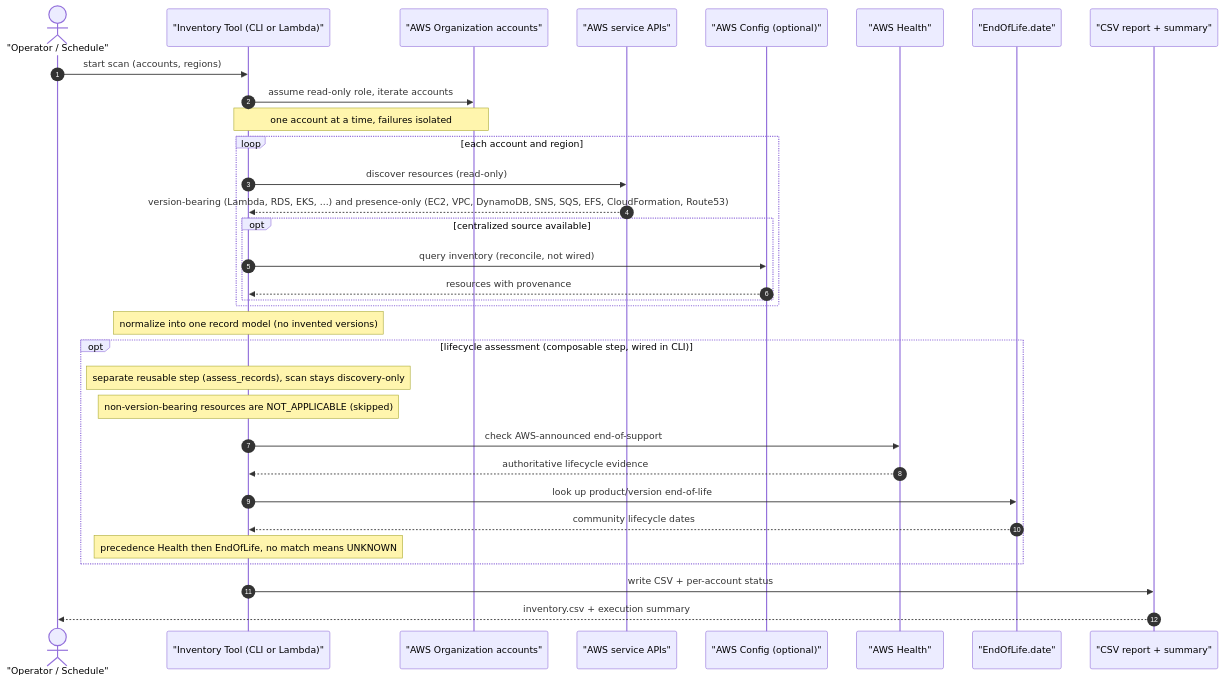
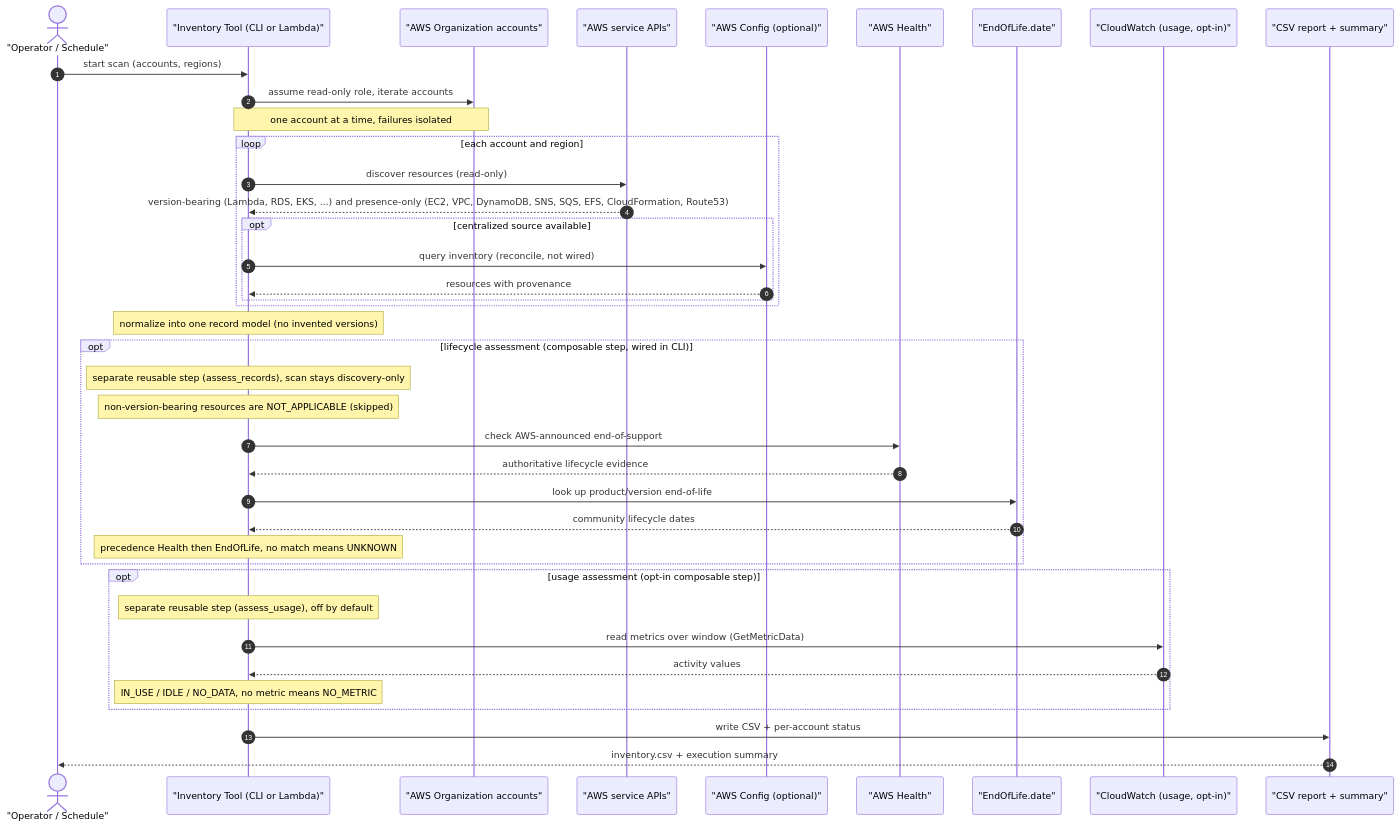
Before and after one commit to pazfernando/aws-inventory-poc: the diagram in docs/diagrams/execution-sequence.mmd, drawn with Mermaid. The commit also changed 22 other files, not shown here.

First line of the commit message:
feat: resource usage assessment (CloudWatch, opt-in, composable)

```diff
--- a/docs/diagrams/execution-sequence.mmd
+++ b/docs/diagrams/execution-sequence.mmd
@@ -1,39 +1,47 @@
 sequenceDiagram
     autonumber
     actor User as "Operator / Schedule"
     participant Tool as "Inventory Tool (CLI or Lambda)"
     participant Org as "AWS Organization accounts"
     participant AWS as "AWS service APIs"
     participant Config as "AWS Config (optional)"
     participant Health as "AWS Health"
     participant EOL as "EndOfLife.date"
+    participant CW as "CloudWatch (usage, opt-in)"
     participant Report as "CSV report + summary"
 
     User->>Tool: start scan (accounts, regions)
 
     Tool->>Org: assume read-only role, iterate accounts
     Note over Tool,Org: one account at a time, failures isolated
 
     loop each account and region
         Tool->>AWS: discover resources (read-only)
         AWS-->>Tool: version-bearing (Lambda, RDS, EKS, ...) and presence-only (EC2, VPC, DynamoDB, SNS, SQS, EFS, CloudFormation, Route53)
         opt centralized source available
             Tool->>Config: query inventory (reconcile, not wired)
             Config-->>Tool: resources with provenance
         end
     end
 
     Note over Tool: normalize into one record model (no invented versions)
 
     opt lifecycle assessment (composable step, wired in CLI)
         Note over Tool: separate reusable step (assess_records), scan stays discovery-only
         Note over Tool: non-version-bearing resources are NOT_APPLICABLE (skipped)
         Tool->>Health: check AWS-announced end-of-support
         Health-->>Tool: authoritative lifecycle evidence
         Tool->>EOL: look up product/version end-of-life
         EOL-->>Tool: community lifecycle dates
         Note over Tool: precedence Health then EndOfLife, no match means UNKNOWN
     end
 
+    opt usage assessment (opt-in composable step)
+        Note over Tool: separate reusable step (assess_usage), off by default
+        Tool->>CW: read metrics over window (GetMetricData)
+        CW-->>Tool: activity values
+        Note over Tool: IN_USE / IDLE / NO_DATA, no metric means NO_METRIC
+    end
+
     Tool->>Report: write CSV + per-account status
     Report-->>User: inventory.csv + execution summary
```
